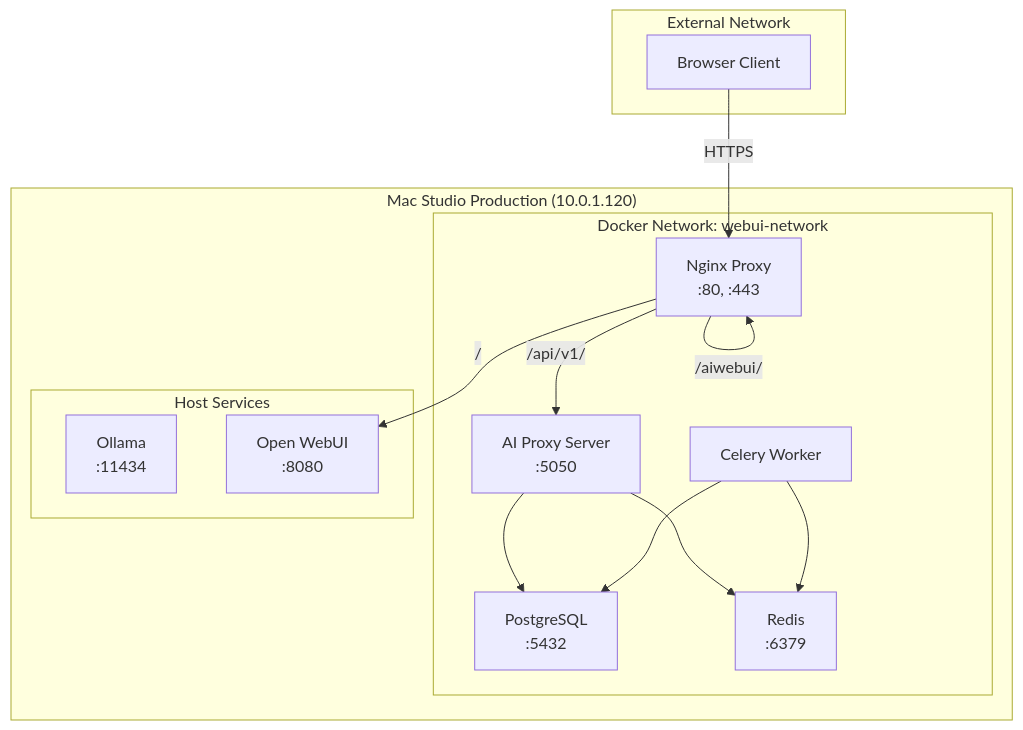
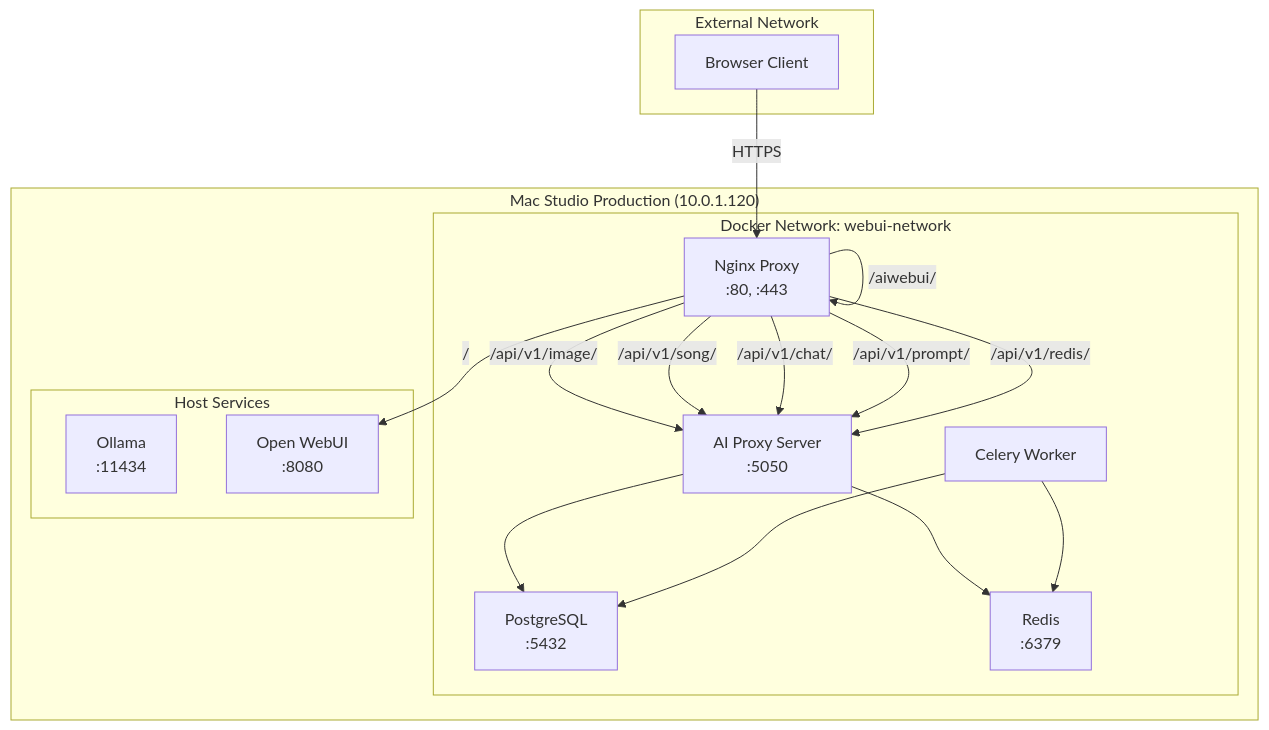
Before and after one commit to rwellinger/thwelly_ai_tools: the diagram in docs/7.3_netzwerk_architektur.mmd, drawn with Mermaid. The commit also changed 11 other files, not shown here.

```diff
--- a/docs/7.3_netzwerk_architektur.mmd
+++ b/docs/7.3_netzwerk_architektur.mmd
@@ -1,29 +1,33 @@
 graph TB
     subgraph "External Network"
         CLIENT[Browser Client]
     end
 
     subgraph "Mac Studio Production (10.0.1.120)"
         subgraph "Docker Network: webui-network"
             NGINX[Nginx Proxy<br/>:80, :443]
             API[AI Proxy Server<br/>:5050]
             WORKER[Celery Worker]
             PG[PostgreSQL<br/>:5432]
             REDIS[Redis<br/>:6379]
         end
 
         subgraph "Host Services"
             OLLAMA[Ollama<br/>:11434]
             WEBUI[Open WebUI<br/>:8080]
         end
     end
 
     CLIENT -->|HTTPS| NGINX
     NGINX -->|/aiwebui/| NGINX
-    NGINX -->|/api/v1/| API
+    NGINX -->|/api/v1/image/| API
+    NGINX -->|/api/v1/song/| API
+    NGINX -->|/api/v1/chat/| API
+    NGINX -->|/api/v1/prompt/| API
+    NGINX -->|/api/v1/redis/| API
     NGINX -->|/| WEBUI
 
     API --> PG
     API --> REDIS
     WORKER --> REDIS
     WORKER --> PG
```
